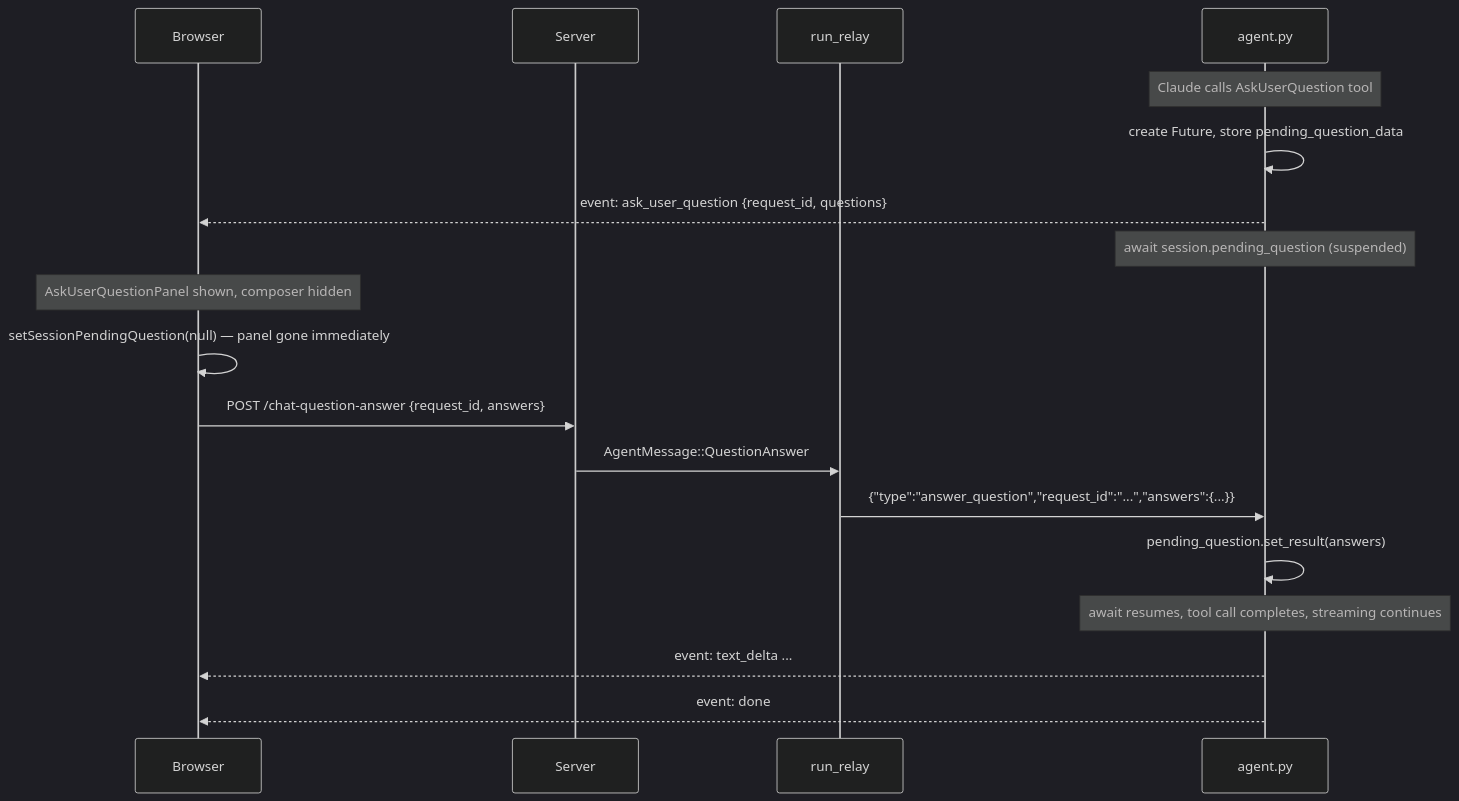
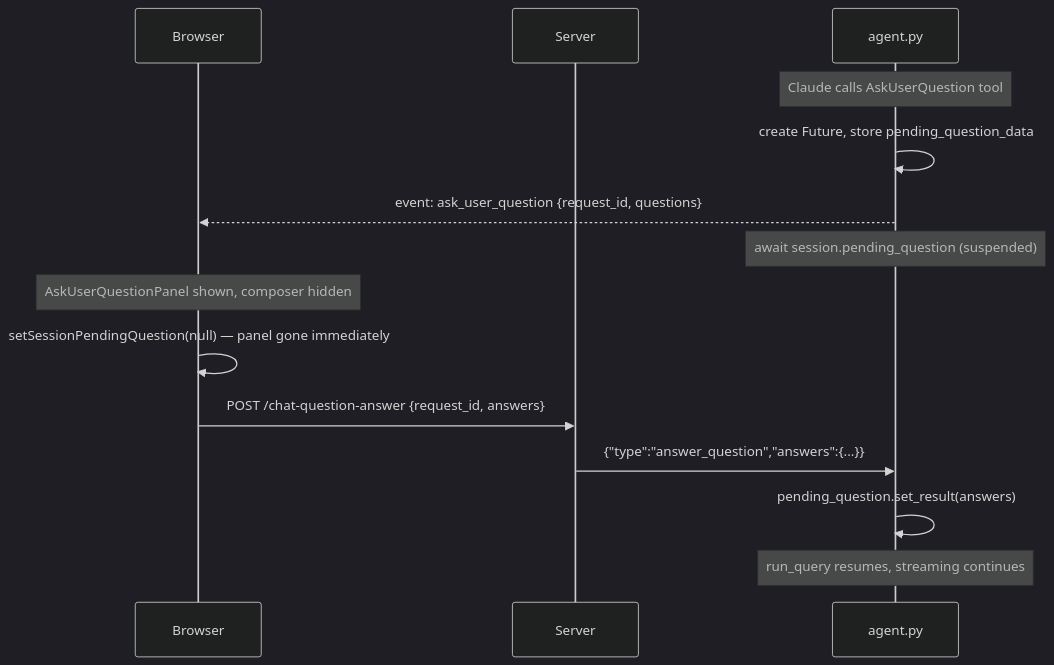
One commit to henrywong-crypto/chat-test3 changed the fifth of 5 diagrams in docs/chat-architecture.md. Above: the diagram before and after it, drawn with Mermaid (dark theme). The commit also changed other lines of this file and 14 other files, not shown here.

````diff
--- a/docs/chat-architecture.md
+++ b/docs/chat-architecture.md
@@ -389,21 +242,17 @@
 ```mermaid
 sequenceDiagram
     participant B as Browser
     participant S as Server
-    participant R as run_relay
     participant A as agent.py
 
     Note over A: Claude calls AskUserQuestion tool
     A->>A: create Future, store pending_question_data
     A-->>B: event: ask_user_question {request_id, questions}
     Note over A: await session.pending_question (suspended)
     Note over B: AskUserQuestionPanel shown, composer hidden
     B->>B: setSessionPendingQuestion(null) — panel gone immediately
     B->>S: POST /chat-question-answer {request_id, answers}
-    S->>R: AgentMessage::QuestionAnswer
-    R->>A: {"type":"answer_question","request_id":"...","answers":{...}}
+    S->>A: {"type":"answer_question","answers":{...}}
     A->>A: pending_question.set_result(answers)
-    Note over A: await resumes, tool call completes, streaming continues
-    A-->>B: event: text_delta ...
-    A-->>B: event: done
+    Note over A: run_query resumes, streaming continues
 ```
````
